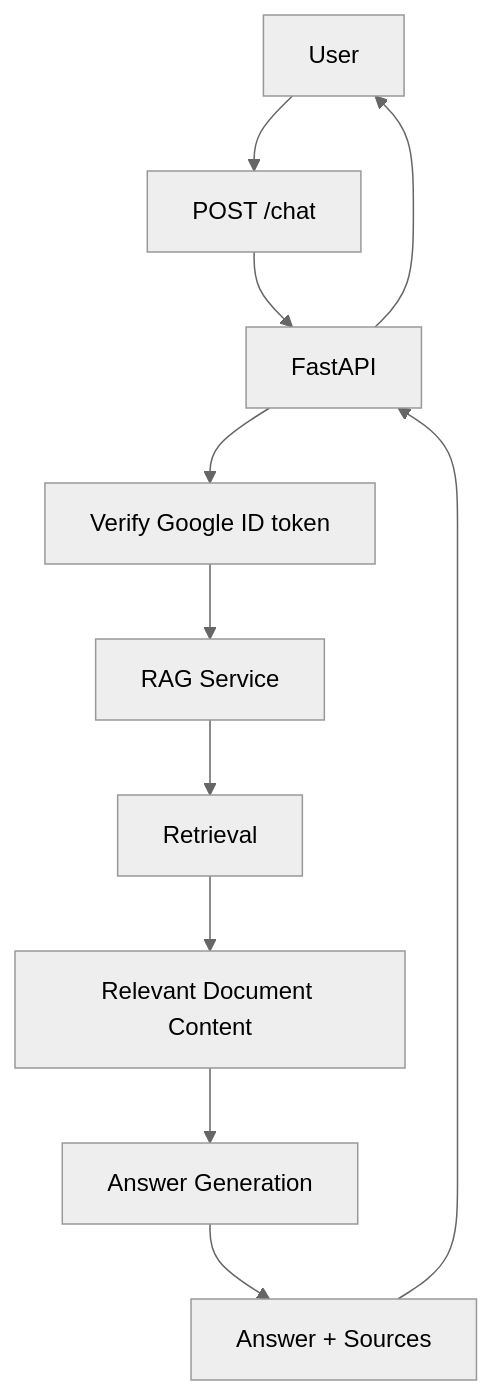
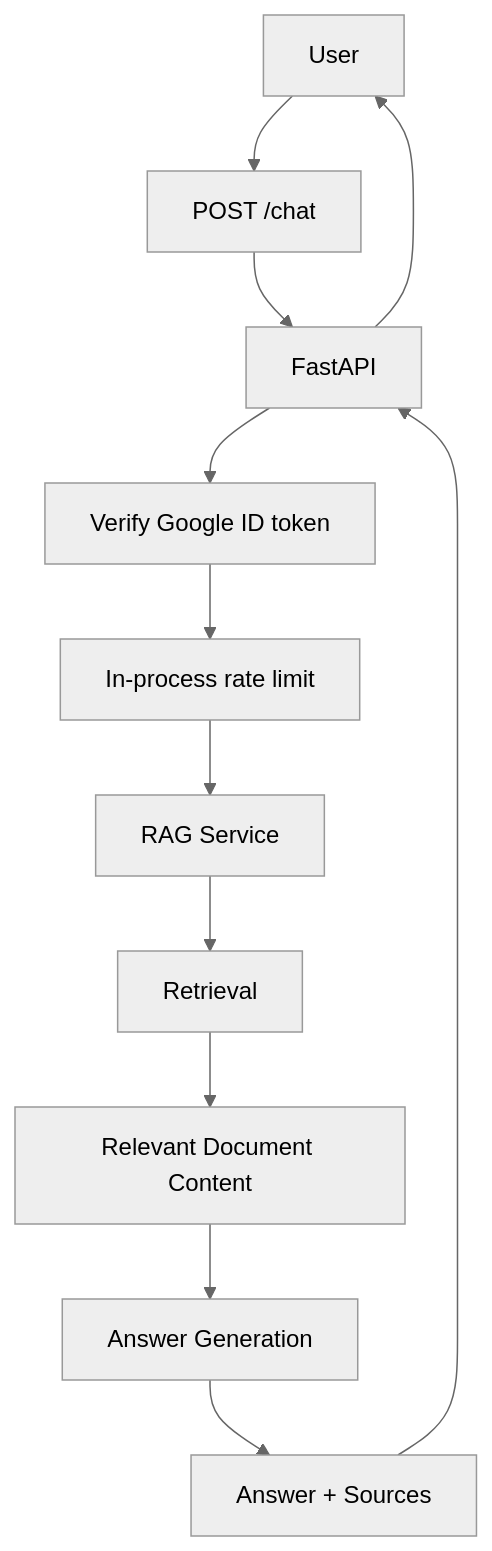
Before and after one commit to kaushanj/medrep-ai: the diagram in docs/technical/backend.md, drawn with Mermaid (neutral theme). The commit also changed other lines of this file and 6 other files, not shown here.

First line of the commit message:
Add in-process rate limiting to protected POST /chat (#38)

````diff
--- a/docs/technical/backend.md
+++ b/docs/technical/backend.md
@@ -43,13 +43,14 @@
 ```mermaid
 flowchart TD
     A[User] --> B[POST /chat]
     B --> C[FastAPI]
     C --> AUTH[Verify Google ID token]
-    AUTH --> D[RAG Service]
+    AUTH --> RL[In-process rate limit]
+    RL --> D[RAG Service]
     D --> E[Retrieval]
     E --> F[Relevant Document Content]
     F --> G[Answer Generation]
     G --> H[Answer + Sources]
     H --> C
     C --> A
 ```
````
